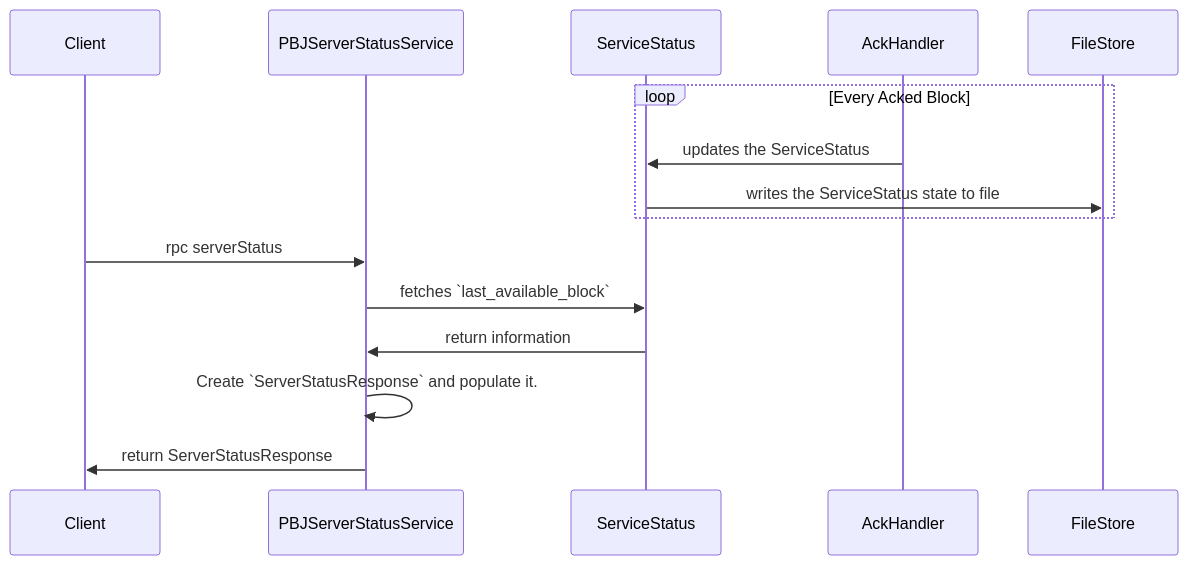
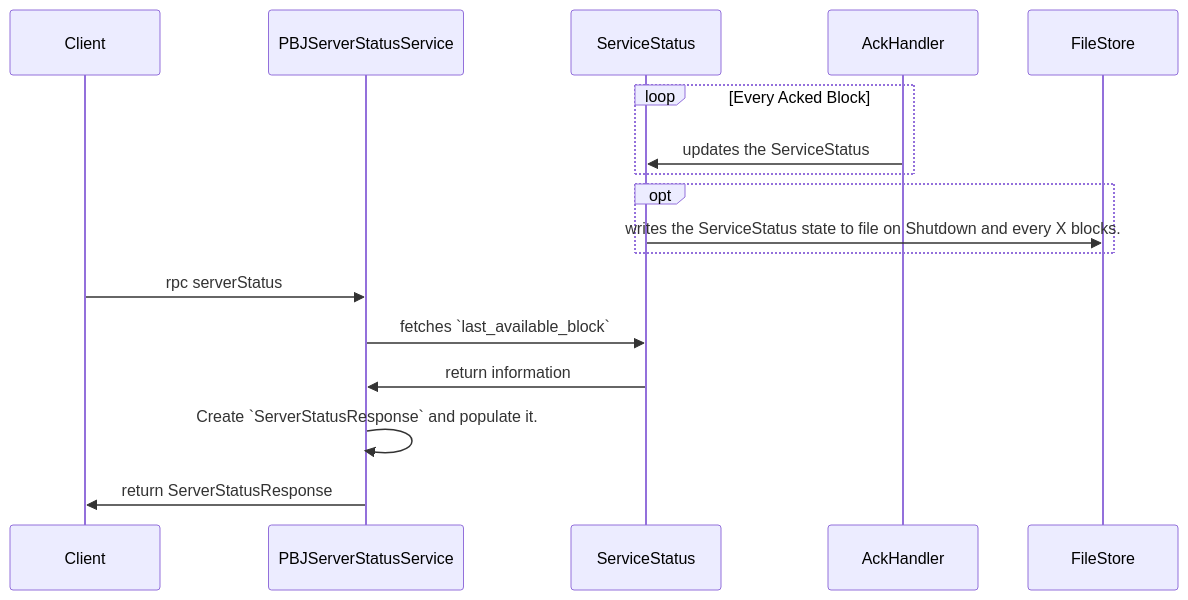
One commit to hashgraph/hedera-block-node changed the diagram in server/docs/design/server-status-api.md. Above: the diagram before and after it, drawn with Mermaid. The commit also changed other lines of this file, not shown here.

Commit message:
changes to design derived from discussion review

````diff
--- a/server/docs/design/server-status-api.md
+++ b/server/docs/design/server-status-api.md
@@ -68,19 +68,21 @@
 ```mermaid
 sequenceDiagram
     participant C as Client
     participant PBJ as PBJServerStatusService
     participant SS as ServiceStatus
     participant AH as AckHandler
     participant F as FileStore
 
    loop Every Acked Block
       AH->>SS: updates the ServiceStatus
-      SS->>F: writes the ServiceStatus state to file
+   end
+   opt
+   SS->>F: writes the ServiceStatus state to file on Shutdown and every X blocks.
    end
     C->>PBJ: rpc serverStatus
     PBJ->>SS: fetches `last_available_block`
     SS->>PBJ: return information
     PBJ->>PBJ: Create `ServerStatusResponse` and populate it.
     PBJ->>C: return ServerStatusResponse
 
 ```
````
